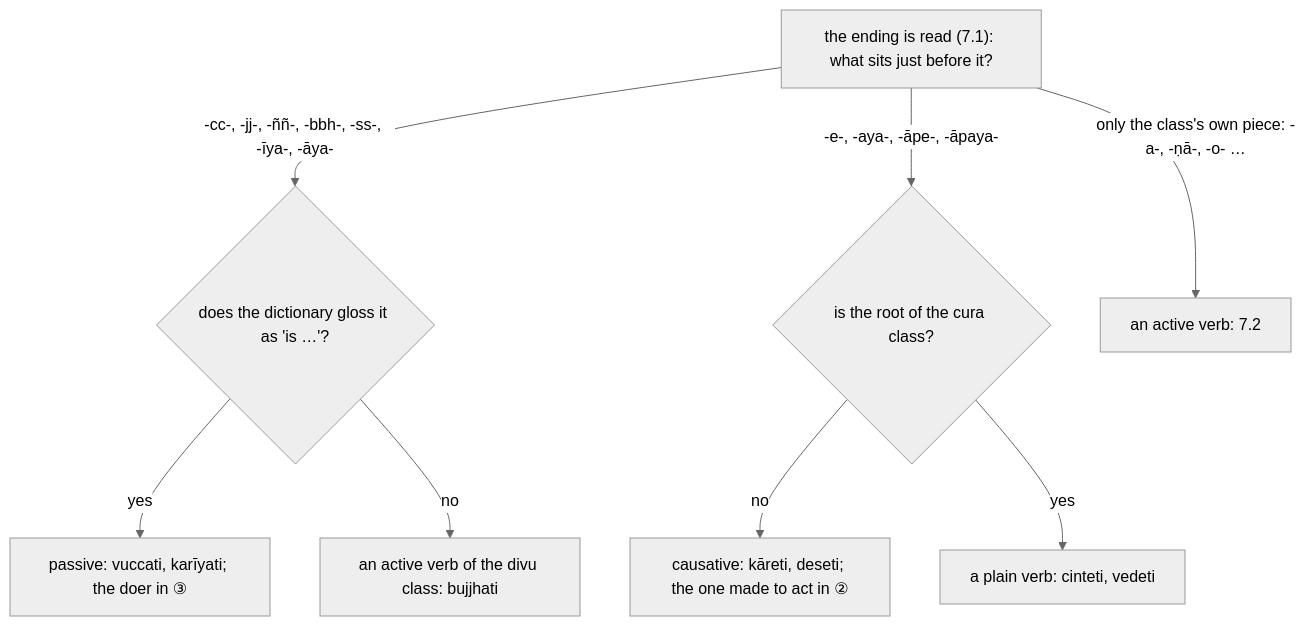
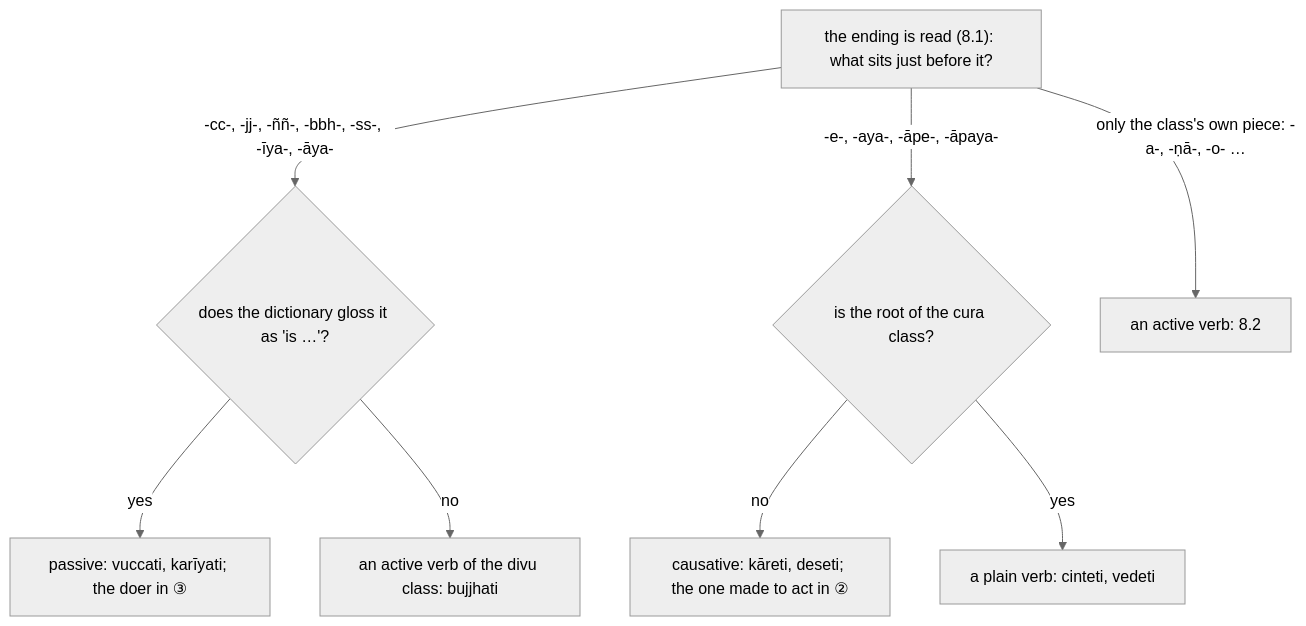
The diagram in src/content/docs/Pali Textbook/8-6-voice.md (ChristineTham/buddhavacana), drawn with Mermaid (neutral theme) before and after one commit. The commit also changed other lines of this file and 40 other files, not shown here.

````diff
--- a/src/content/docs/Pali Textbook/8-6-voice.md
+++ b/src/content/docs/Pali Textbook/8-6-voice.md
@@ -82,10 +83,10 @@
 ```mermaid
 flowchart TD
-  Q["the ending is read (7.1): what sits just before it?"] -->|"-cc-, -jj-, -ññ-, -bbh-, -ss-, -īya-, -āya-"| Y{"does the dictionary gloss it as 'is …'?"}
+  Q["the ending is read (8.1): what sits just before it?"] -->|"-cc-, -jj-, -ññ-, -bbh-, -ss-, -īya-, -āya-"| Y{"does the dictionary gloss it as 'is …'?"}
   Q -->|"-e-, -aya-, -āpe-, -āpaya-"| E{"is the root of the cura class?"}
-  Q -->|"only the class's own piece: -a-, -ṇā-, -o- …"| A["an active verb: 7.2"]
+  Q -->|"only the class's own piece: -a-, -ṇā-, -o- …"| A["an active verb: 8.2"]
   Y -->|"yes"| P["passive: vuccati, karīyati; the doer in ③"]
   Y -->|"no"| D["an active verb of the divu class: bujjhati"]
   E -->|"no"| C["causative: kāreti, deseti; the one made to act in ②"]
   E -->|"yes"| V["a plain verb: cinteti, vedeti"]
 ```
````
